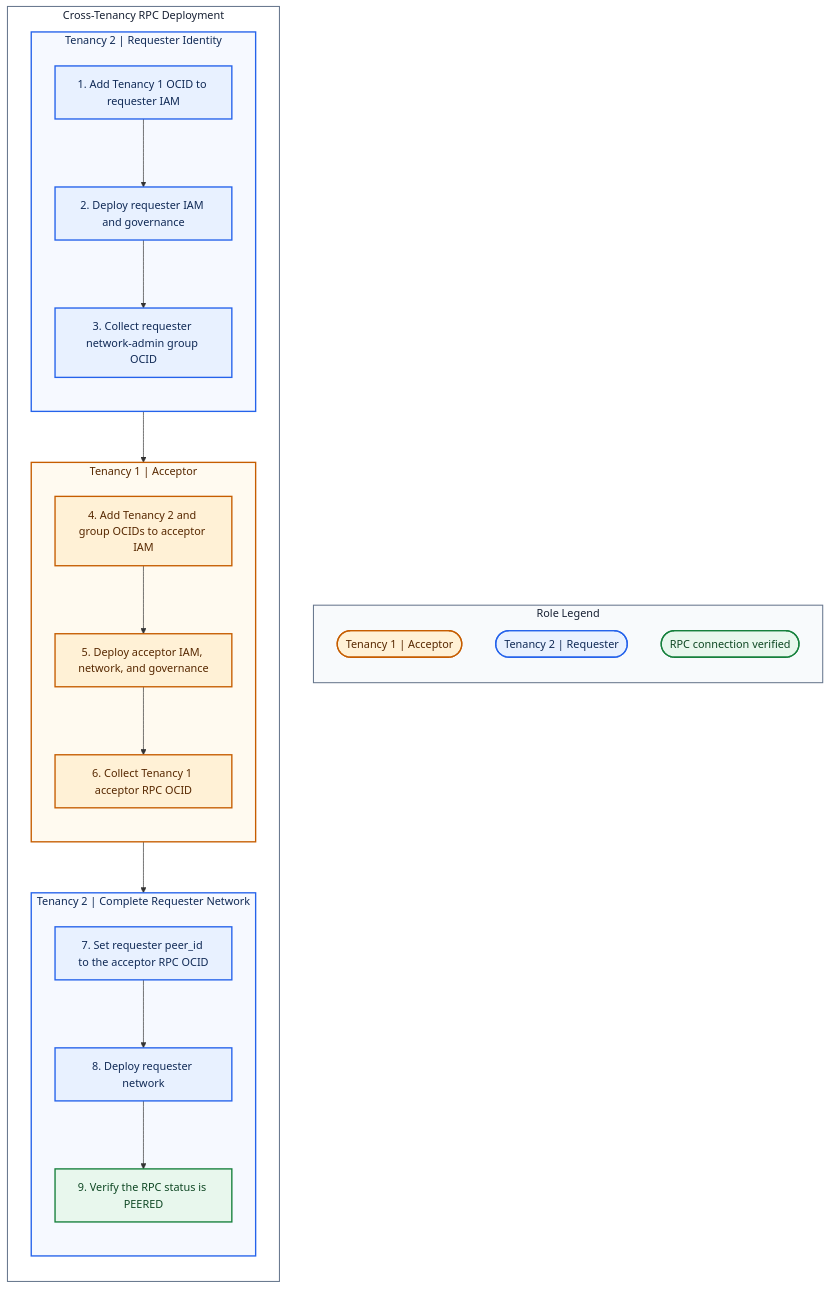
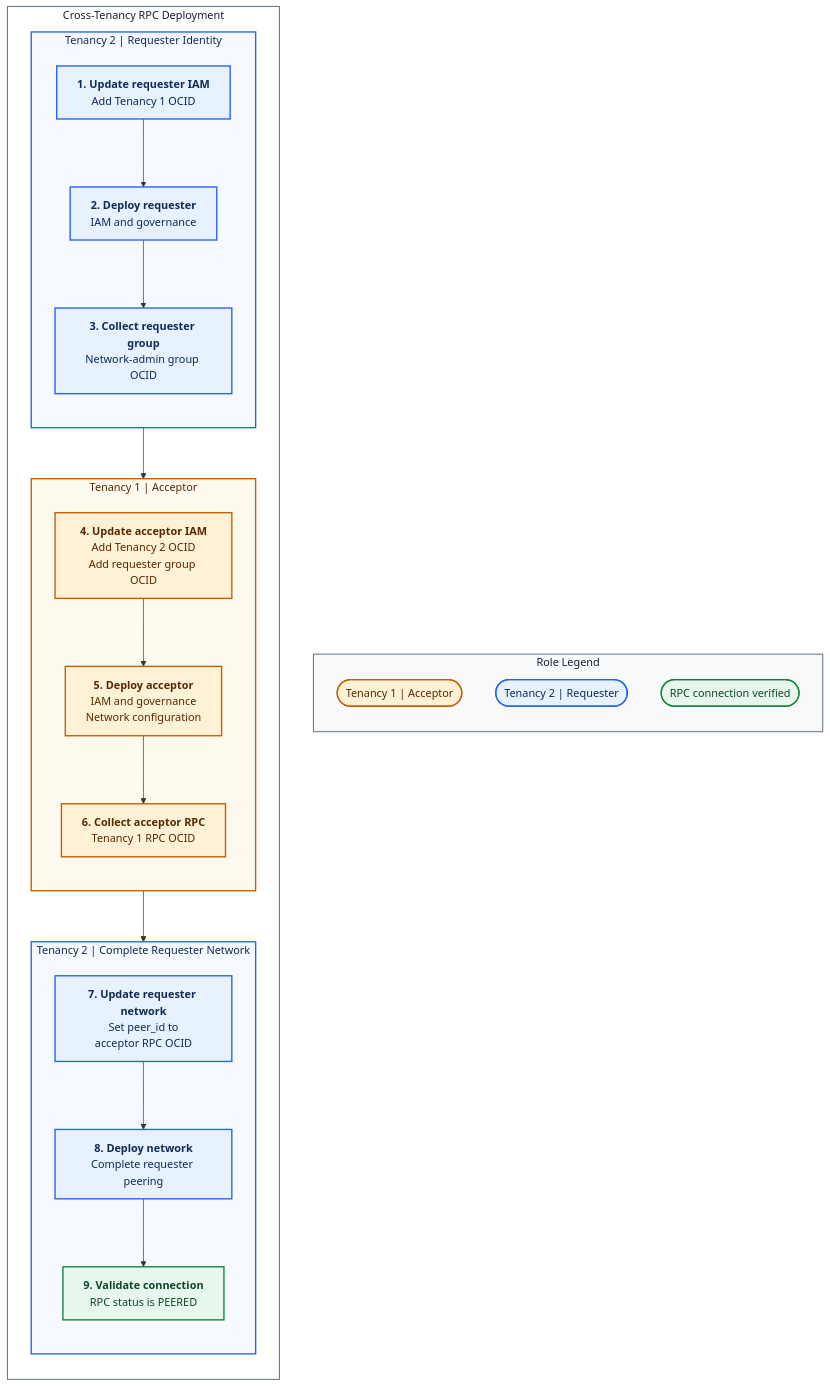
The diagram in addons/oci-x-rpc/execution.md (oci-landing-zones/oci-landing-zone-operating-entities), drawn with Mermaid before and after one commit.

Commit message:
Wrap X-RPC execution diagram labels

````diff
--- a/addons/oci-x-rpc/execution.md
+++ b/addons/oci-x-rpc/execution.md
@@ -13,55 +13,67 @@
 ```mermaid
 flowchart LR
     subgraph PROCESS["Cross-Tenancy RPC Deployment"]
         direction TB
 
         subgraph REQUESTER_IDENTITY["Tenancy 2 | Requester Identity"]
             direction TB
-            A["1. Add Tenancy 1 OCID to requester IAM"]
-            B["2. Deploy requester IAM and governance"]
-            C["3. Collect requester network-admin group OCID"]
+            A["`**1. Update requester IAM**
+            Add Tenancy 1 OCID`"]
+            B["`**2. Deploy requester**
+            IAM and governance`"]
+            C["`**3. Collect requester group**
+            Network-admin group OCID`"]
             A --> B --> C
         end
 
         subgraph ACCEPTOR["Tenancy 1 | Acceptor"]
             direction TB
-            D["4. Add Tenancy 2 and group OCIDs to acceptor IAM"]
-            E["5. Deploy acceptor IAM, network, and governance"]
-            F["6. Collect Tenancy 1 acceptor RPC OCID"]
+            D["`**4. Update acceptor IAM**
+            Add Tenancy 2 OCID
+            Add requester group OCID`"]
+            E["`**5. Deploy acceptor**
+            IAM and governance
+            Network configuration`"]
+            F["`**6. Collect acceptor RPC**
+            Tenancy 1 RPC OCID`"]
             D --> E --> F
         end
 
         subgraph REQUESTER_NETWORK["Tenancy 2 | Complete Requester Network"]
             direction TB
-            G["7. Set requester peer_id to the acceptor RPC OCID"]
-            H["8. Deploy requester network"]
-            I["9. Verify the RPC status is PEERED"]
+            G["`**7. Update requester network**
+            Set peer_id to
+            acceptor RPC OCID`"]
+            H["`**8. Deploy network**
+            Complete requester peering`"]
+            I["`**9. Validate connection**
+            RPC status is PEERED`"]
             G --> H --> I
         end
 
         C --> D
         F --> G
     end
 
     subgraph LEGEND["Role Legend"]
         direction TB
         L1(["Tenancy 1 | Acceptor"])
         L2(["Tenancy 2 | Requester"])
         L3(["RPC connection verified"])
     end
 
     I ~~~ L3
 
     classDef tenancy1 fill:#fff1d6,stroke:#c65d00,color:#572800,stroke-width:2px;
     classDef tenancy2 fill:#e8f1ff,stroke:#2563eb,color:#102a56,stroke-width:2px;
     classDef verified fill:#e8f7ed,stroke:#16803c,color:#0e4723,stroke-width:2px;
     class A,B,C,G,H,L2 tenancy2;
     class D,E,F,L1 tenancy1;
     class I,L3 verified;
 
     style PROCESS fill:#ffffff,stroke:#64748b,stroke-width:1.5px,color:#172033
     style REQUESTER_IDENTITY fill:#f6f9ff,stroke:#2563eb,stroke-width:2px,color:#102a56
     style ACCEPTOR fill:#fffaf0,stroke:#c65d00,stroke-width:2px,color:#572800
     style REQUESTER_NETWORK fill:#f6f9ff,stroke:#2563eb,stroke-width:2px,color:#102a56
     style LEGEND fill:#f8fafc,stroke:#64748b,stroke-width:1.5px,color:#172033
 ```
````
